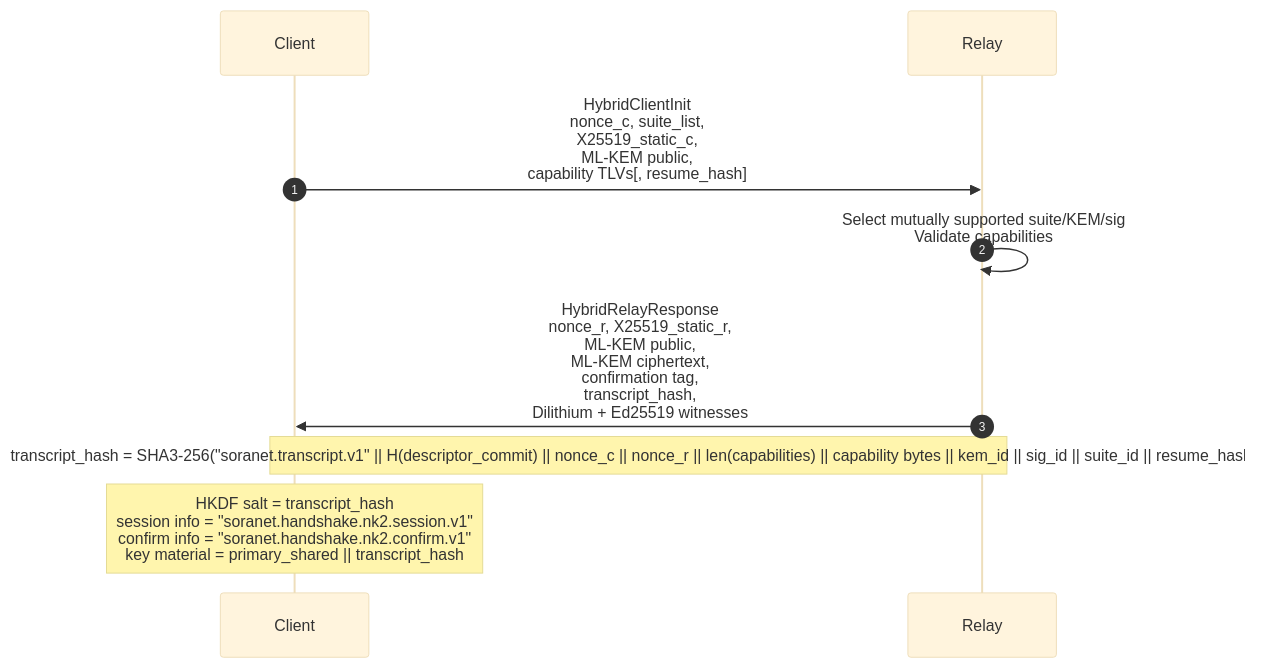
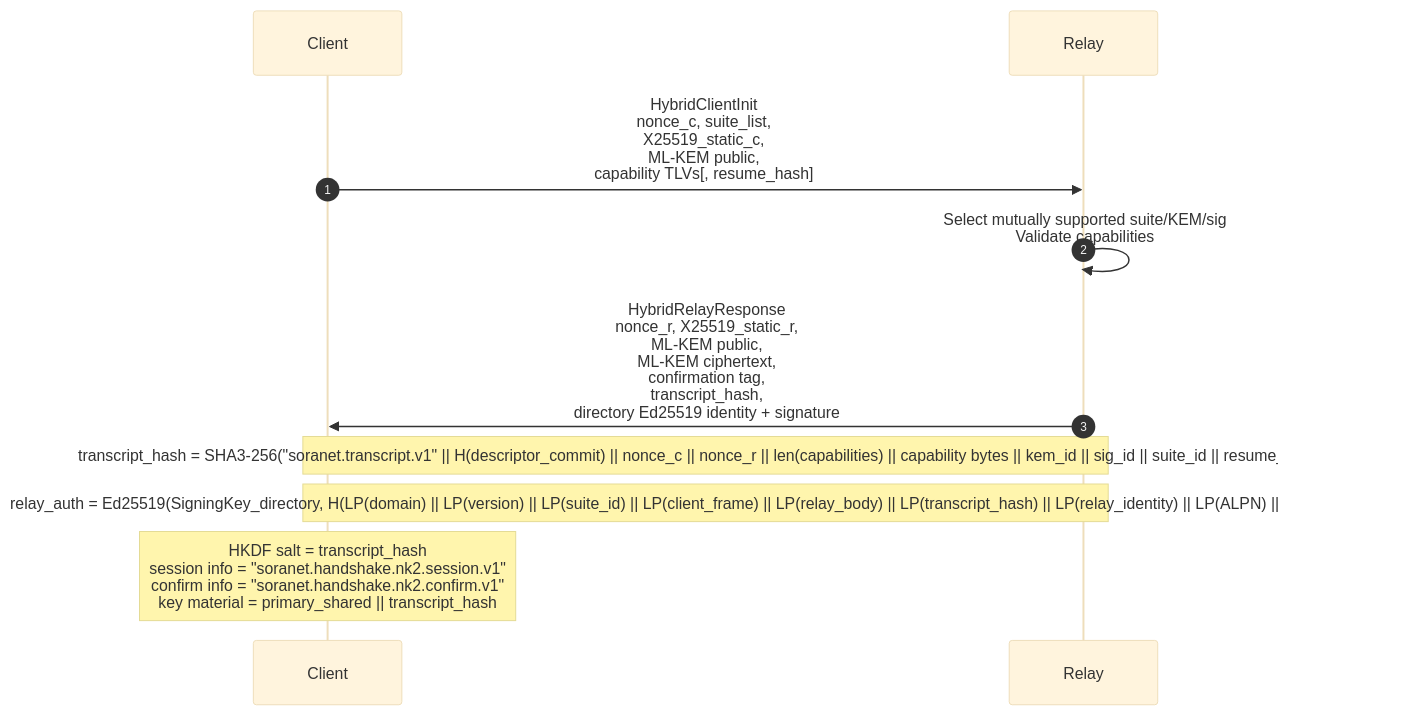
Before and after one commit to hyperledger-iroha/iroha: the first of 2 diagrams in specs/soranet_handshake.md, drawn with Mermaid (base theme). The commit also changed other lines of this file and 548 other files, not shown here.

````diff
--- a/specs/soranet_handshake.md
+++ b/specs/soranet_handshake.md
@@ -599,12 +599,13 @@
 ```mermaid
 sequenceDiagram
     autonumber
     participant C as Client
     participant R as Relay
 
     C->>R: HybridClientInit<br/>nonce_c, suite_list,<br/>X25519_static_c,<br/>ML-KEM public,<br/>capability TLVs[, resume_hash]
     R->>R: Select mutually supported suite/KEM/sig<br/>Validate capabilities
-    R->>C: HybridRelayResponse<br/>nonce_r, X25519_static_r,<br/>ML-KEM public,<br/>ML-KEM ciphertext,<br/>confirmation tag,<br/>transcript_hash,<br/>Dilithium + Ed25519 witnesses
+    R->>C: HybridRelayResponse<br/>nonce_r, X25519_static_r,<br/>ML-KEM public,<br/>ML-KEM ciphertext,<br/>confirmation tag,<br/>transcript_hash,<br/>directory Ed25519 identity + signature
     Note over C,R: transcript_hash = SHA3-256("soranet.transcript.v1" || H(descriptor_commit) || nonce_c || nonce_r || len(capabilities) || capability bytes || kem_id || sig_id || suite_id || resume_hash?)
+    Note over C,R: relay_auth = Ed25519(SigningKey_directory, H(LP(domain) || LP(version) || LP(suite_id) || LP(client_frame) || LP(relay_body) || LP(transcript_hash) || LP(relay_identity) || LP(ALPN) || LP(TLS_name)))
     Note over C: HKDF salt = transcript_hash<br/>session info = "soranet.handshake.nk2.session.v1"<br/>confirm info = "soranet.handshake.nk2.confirm.v1"<br/>key material = primary_shared || transcript_hash
 ```
````
